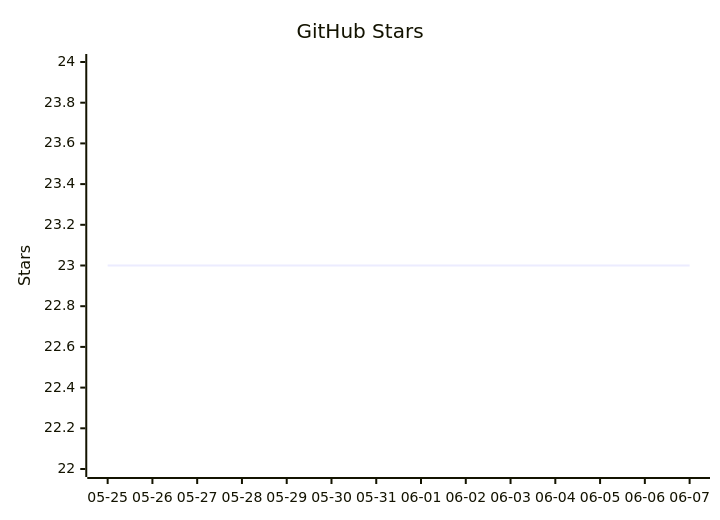
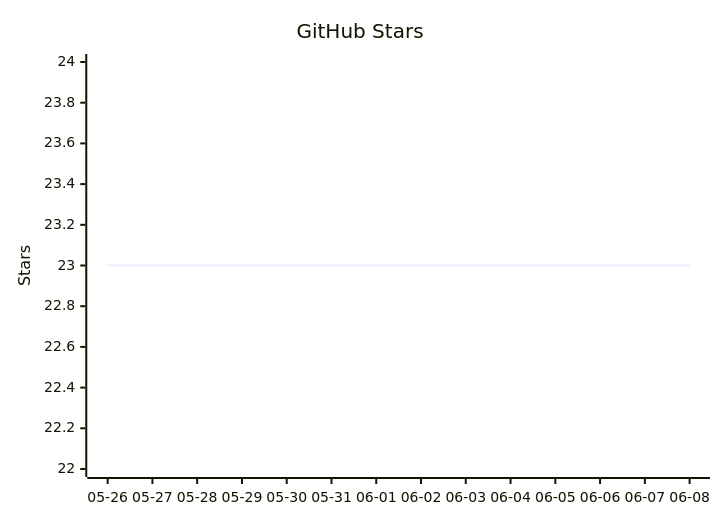
The diagram in README.mbt.md (vectie/moonclaw), drawn with Mermaid before and after one commit. The commit also changed other lines of this file and 1 other file, not shown here.

Commit message:
Update README star growth

````diff
--- a/README.mbt.md
+++ b/README.mbt.md
@@ -490,7 +490,7 @@
 ```mermaid
 xychart-beta
     title "GitHub Stars"
-    x-axis ["05-25","05-26","05-27","05-28","05-29","05-30","05-31","06-01","06-02","06-03","06-04","06-05","06-06","06-07"]
+    x-axis ["05-26","05-27","05-28","05-29","05-30","05-31","06-01","06-02","06-03","06-04","06-05","06-06","06-07","06-08"]
     y-axis "Stars" 22 --> 24
     line [23,23,23,23,23,23,23,23,23,23,23,23,23,23]
 ```
````
